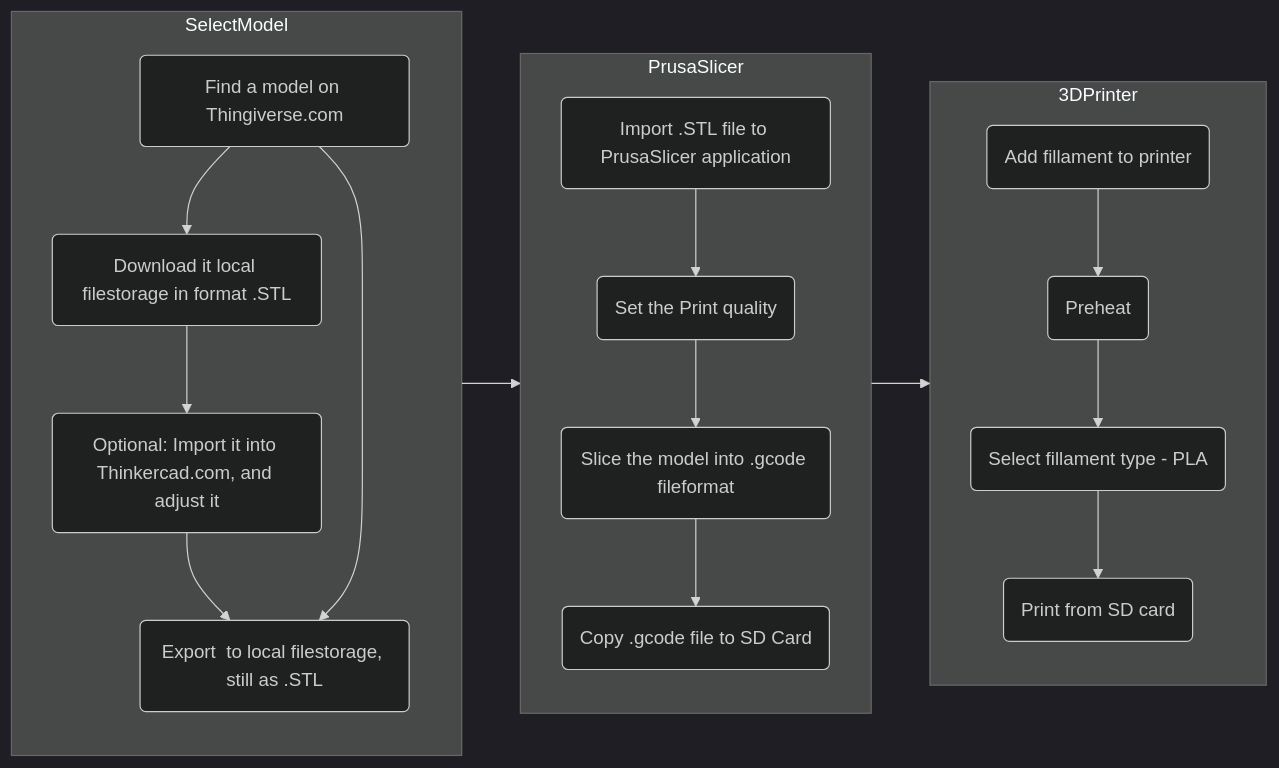
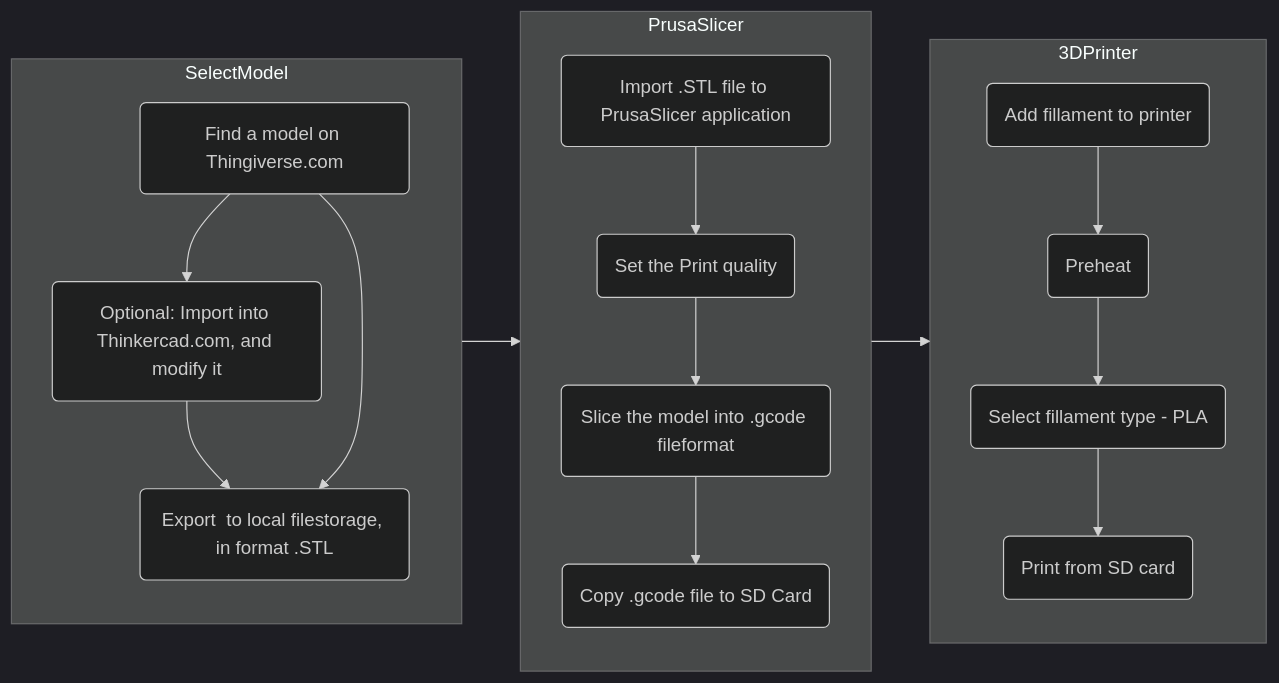
The diagram in README.md (marmid74/playground), drawn with Mermaid (dark theme) before and after one commit.

````diff
--- a/README.md
+++ b/README.md
@@ -2,27 +2,27 @@
 ```mermaid
   flowchart LR;
     subgraph SelectModel
     direction TB
-    A(Find a model on Thingiverse.com)-->B(Download it local filestorage in format .STL)
-    B-->C(Optional: Import it into Thinkercad.com, and adjust it)
-    C-->D(Export  to local filestorage, still as .STL)
+    A(Find a model on Thingiverse.com)
+    A-->C(Optional: Import into Thinkercad.com, and modify it)
+    C-->D(Export  to local filestorage, in format .STL)
     A-->D 
     end
 
     subgraph PrusaSlicer
     direction TB
     E(Import .STL file to PrusaSlicer application)-->F(Set the Print quality)
     F-->G(Slice the model into .gcode fileformat)
     G-->H(Copy .gcode file to SD Card)
     end
 
     subgraph 3DPrinter
     direction TB
     I(Add fillament to printer)-->J(Preheat)
     J-->K(Select fillament type - PLA)
     K-->L(Print from SD card)
     end
 
   SelectModel-->PrusaSlicer-->3DPrinter
 
 ```
````
